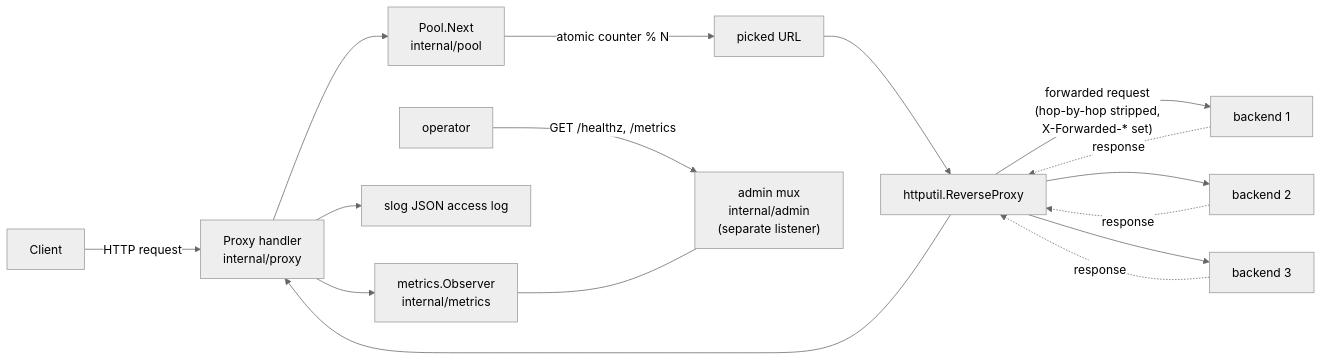
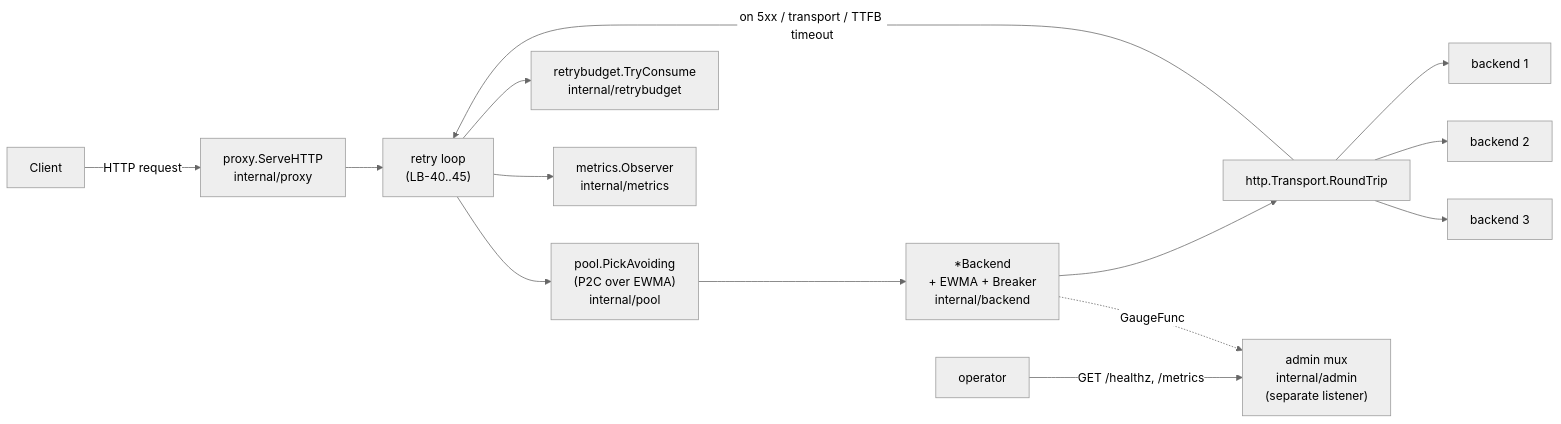
One commit to steve-weiland/loadbalancer changed the diagram in README.md. Above: the diagram before and after it, drawn with Mermaid (neutral theme). The commit also changed other lines of this file and 28 other files, not shown here.

````diff
--- a/README.md
+++ b/README.md
@@ -7,19 +19,17 @@
 ```mermaid
 graph LR
-    Client -->|HTTP request| Proxy["Proxy handler\ninternal/proxy"]
-    Proxy --> Pool["Pool.Next\ninternal/pool"]
-    Pool -->|atomic counter % N| Picked
-    Picked["picked URL"] --> RP["httputil.ReverseProxy"]
-    RP -->|"forwarded request\n(hop-by-hop stripped,\nX-Forwarded-* set)"| B1["backend 1"]
-    RP --> B2["backend 2"]
-    RP --> B3["backend 3"]
-    B1 -.->|response| RP
-    B2 -.->|response| RP
-    B3 -.->|response| RP
-    RP --> Proxy
-    Proxy --> Obs["metrics.Observer\ninternal/metrics"]
-    Proxy --> Log["slog JSON access log"]
+    Client -->|HTTP request| Proxy["proxy.ServeHTTP\ninternal/proxy"]
+    Proxy --> Loop["retry loop\n(LB-40..45)"]
+    Loop --> Pick["pool.PickAvoiding\n(P2C over EWMA)\ninternal/pool"]
+    Pick --> Backend["*Backend\n+ EWMA + Breaker\ninternal/backend"]
+    Backend --> Forward["http.Transport.RoundTrip"]
+    Forward --> B1["backend 1"]
+    Forward --> B2["backend 2"]
+    Forward --> B3["backend 3"]
+    Forward -->|on 5xx / transport / TTFB timeout| Loop
+    Loop --> Budget["retrybudget.TryConsume\ninternal/retrybudget"]
+    Loop --> Obs["metrics.Observer\ninternal/metrics"]
 
     AdminClient["operator"] -->|GET /healthz, /metrics| Admin["admin mux\ninternal/admin\n(separate listener)"]
-    Obs --- Admin
+    Backend -.->|GaugeFunc| Admin
 ```
````
